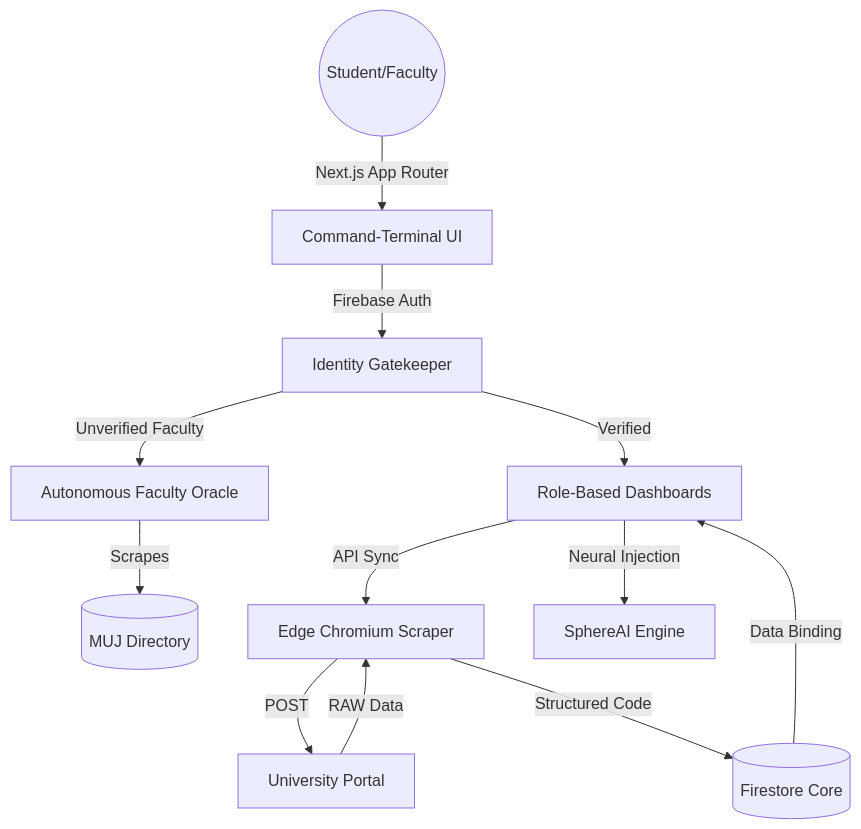
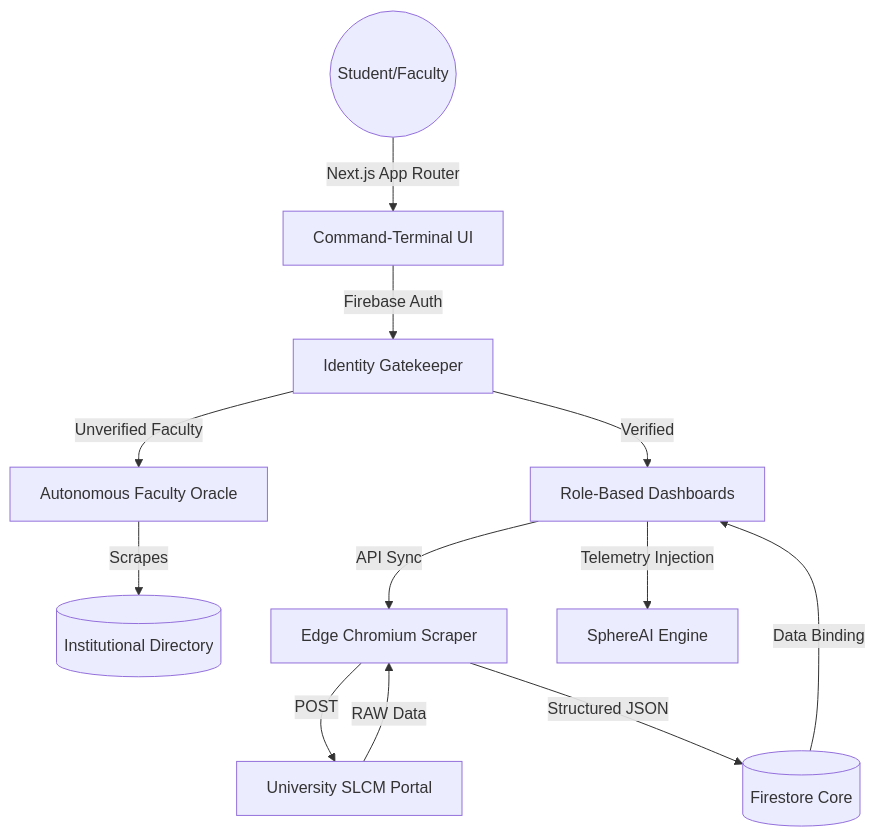
The diagram in README.md (shreybansal365/studentsphere), drawn with Mermaid before and after one commit. The commit also changed other lines of this file, not shown here.

````diff
--- a/README.md
+++ b/README.md
@@ -59,14 +66,14 @@
 ```mermaid
 graph TD
     User((Student/Faculty)) -->|Next.js App Router| Terminal[Command-Terminal UI]
     Terminal -->|Firebase Auth| Gatekeeper[Identity Gatekeeper]
     Gatekeeper -->|Unverified Faculty| Oracle[Autonomous Faculty Oracle]
-    Oracle -->|Scrapes| Directory[(MUJ Directory)]
+    Oracle -->|Scrapes| Directory[(Institutional Directory)]
     Gatekeeper -->|Verified| Dashboard[Role-Based Dashboards]
     Dashboard -->|API Sync| Scraper[Edge Chromium Scraper]
-    Scraper -->|POST| SLCM[University Portal]
+    Scraper -->|POST| SLCM[University SLCM Portal]
     SLCM -->|RAW Data| Scraper
-    Scraper -->|Structured Code| Firestore[(Firestore Core)]
+    Scraper -->|Structured JSON| Firestore[(Firestore Core)]
     Firestore -->|Data Binding| Dashboard
-    Dashboard -->|Neural Injection| AI[SphereAI Engine]
+    Dashboard -->|Telemetry Injection| AI[SphereAI Engine]
 ```
````
